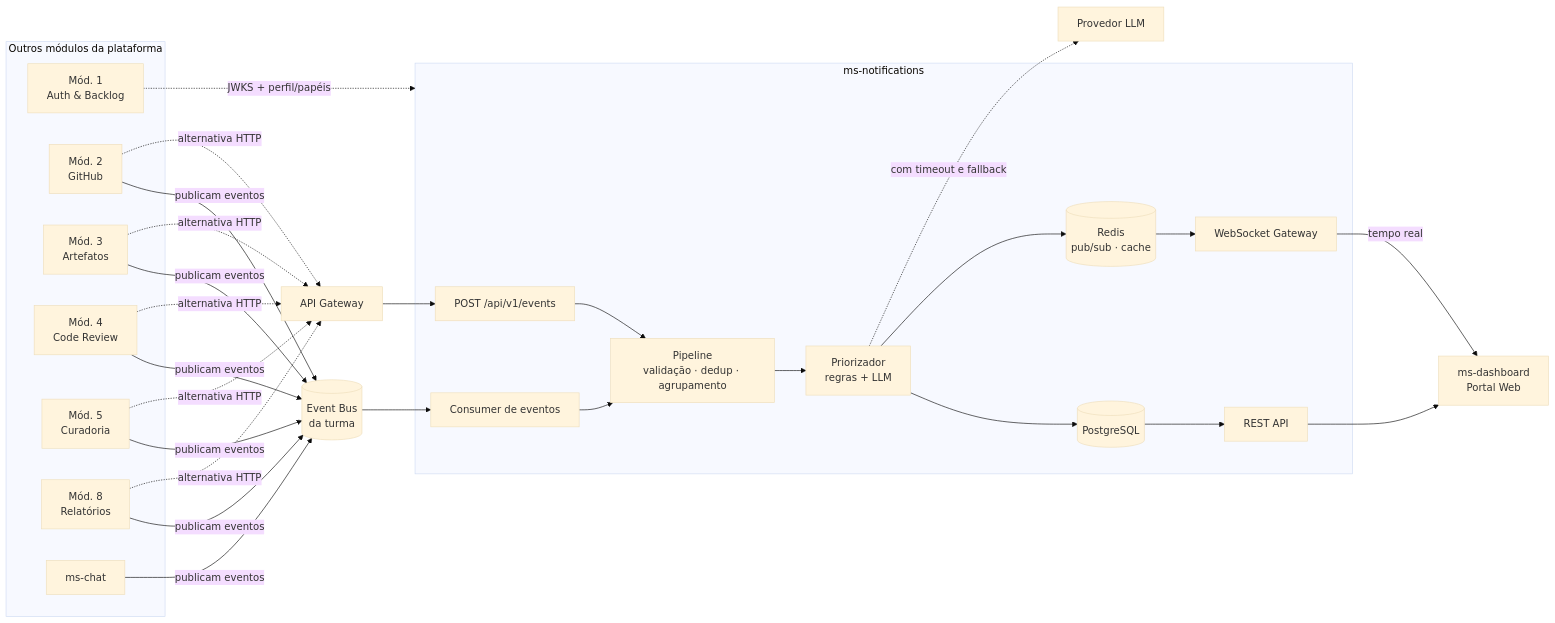
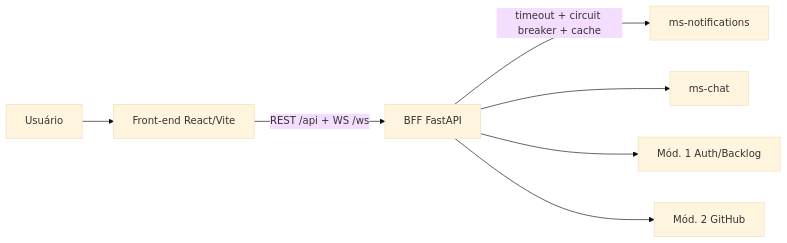
The diagram in README.md (H3lois4/Engenharia_de_Software), drawn with Mermaid (base theme) before and after one commit. The commit also changed other lines of this file and 7 other files, not shown here.

````diff
--- a/README.md
+++ b/README.md
@@ -224,40 +38,9 @@
 ```mermaid
 flowchart LR
-    subgraph EXT[Outros módulos da plataforma]
-        M1[Mód. 1<br/>Auth & Backlog]
-        M2[Mód. 2<br/>GitHub]
-        M3[Mód. 3<br/>Artefatos]
-        M4[Mód. 4<br/>Code Review]
-        M5[Mód. 5<br/>Curadoria]
-        M8[Mód. 8<br/>Relatórios]
-        CHAT[ms-chat]
-    end
-
-    BUS[(Event Bus<br/>da turma)]
-    GW[API Gateway]
-
-    M2 & M3 & M4 & M5 & M8 & CHAT -->|publicam eventos| BUS
-    M2 & M3 & M4 & M5 & M8 -.->|alternativa HTTP| GW
-
-    subgraph NH[ms-notifications]
-        CONS[Consumer de eventos]
-        ING[POST /api/v1/events]
-        PIPE[Pipeline<br/>validação · dedup · agrupamento]
-        AI[Priorizador<br/>regras + LLM]
-        DB[(PostgreSQL)]
-        RD[(Redis<br/>pub/sub · cache)]
-        WS[WebSocket Gateway]
-        API[REST API]
-    end
-
-    BUS --> CONS --> PIPE
-    GW --> ING --> PIPE
-    PIPE --> AI --> DB
-    AI --> RD --> WS
-    DB --> API
-
-    WS -->|tempo real| DASH[ms-dashboard<br/>Portal Web]
-    API --> DASH
-    M1 -.->|JWKS + perfil/papéis| NH
-    AI -.->|com timeout e fallback| LLM[Provedor LLM]
+    USER[Usuário] --> FE[Front-end React/Vite]
+    FE -->|REST /api + WS /ws| BFF[BFF FastAPI]
+    BFF -->|timeout + circuit breaker + cache| NSVC[ms-notifications]
+    BFF --> CSVC[ms-chat]
+    BFF --> M1[Mód. 1 Auth/Backlog]
+    BFF --> M2[Mód. 2 GitHub]
 ```
````
